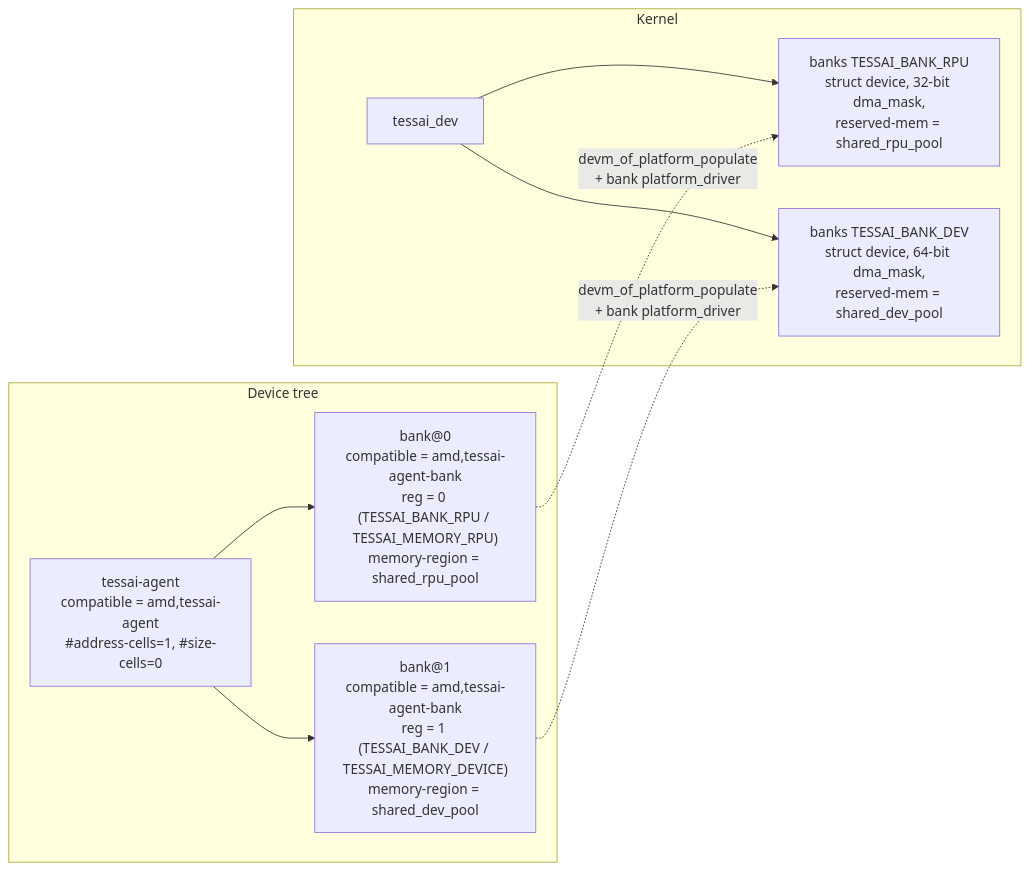
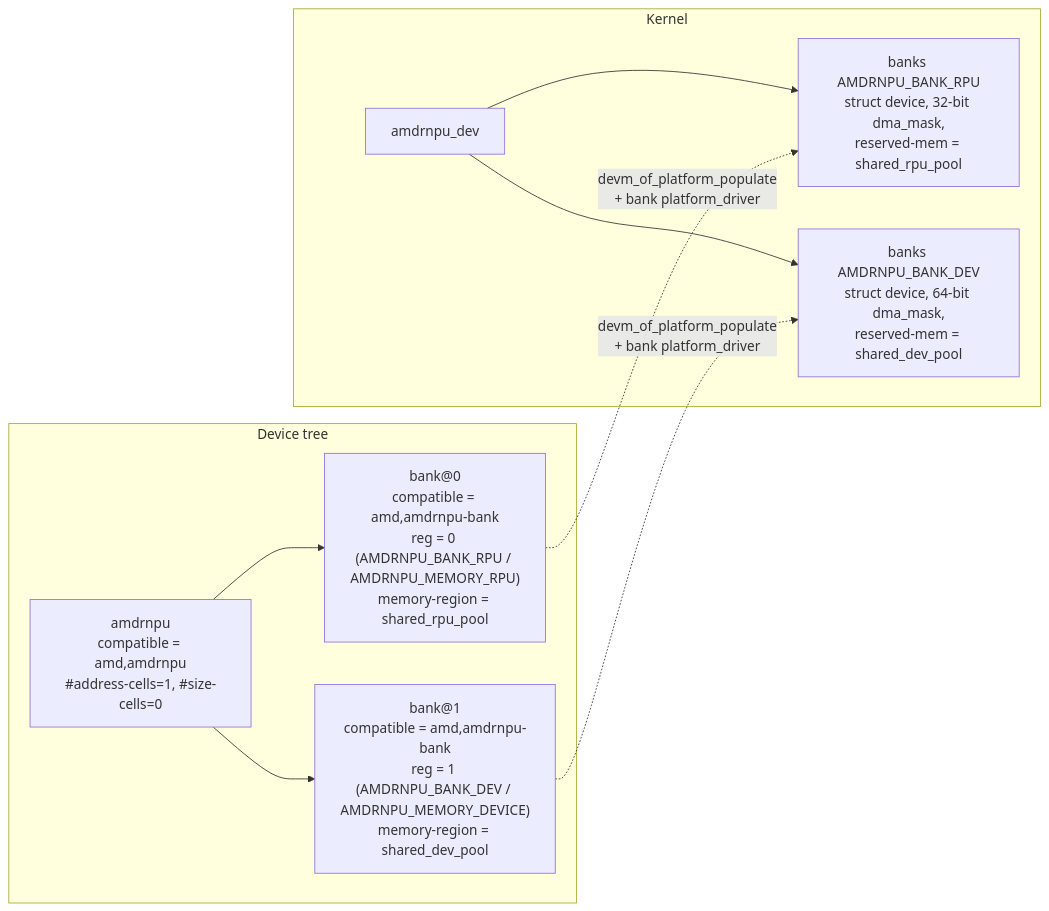
The fifth of 5 diagrams in docs/architecture.md (Xilinx/amdrnpu), drawn with Mermaid before and after one commit. The commit also changed other lines of this file and 107 other files, not shown here.

Commit message:
Change all tessai references to amdrnpu

````diff
--- a/docs/architecture.md
+++ b/docs/architecture.md
@@ -231,21 +231,21 @@
 ```mermaid
 flowchart LR
     subgraph DT["Device tree"]
-        PARENT["tessai-agent<br/>compatible = amd,tessai-agent<br/>#address-cells=1, #size-cells=0"]
-        BANK0["bank@0<br/>compatible = amd,tessai-agent-bank<br/>reg = 0 (TESSAI_BANK_RPU / TESSAI_MEMORY_RPU)<br/>memory-region = shared_rpu_pool"]
-        BANK1["bank@1<br/>compatible = amd,tessai-agent-bank<br/>reg = 1 (TESSAI_BANK_DEV / TESSAI_MEMORY_DEVICE)<br/>memory-region = shared_dev_pool"]
+        PARENT["amdrnpu<br/>compatible = amd,amdrnpu<br/>#address-cells=1, #size-cells=0"]
+        BANK0["bank@0<br/>compatible = amd,amdrnpu-bank<br/>reg = 0 (AMDRNPU_BANK_RPU / AMDRNPU_MEMORY_RPU)<br/>memory-region = shared_rpu_pool"]
+        BANK1["bank@1<br/>compatible = amd,amdrnpu-bank<br/>reg = 1 (AMDRNPU_BANK_DEV / AMDRNPU_MEMORY_DEVICE)<br/>memory-region = shared_dev_pool"]
         PARENT --> BANK0
         PARENT --> BANK1
     end
 
     subgraph KERN["Kernel"]
-        TDEV["tessai_dev"]
-        BD0["banks TESSAI_BANK_RPU<br/>struct device, 32-bit dma_mask,<br/>reserved-mem = shared_rpu_pool"]
-        BD1["banks TESSAI_BANK_DEV<br/>struct device, 64-bit dma_mask,<br/>reserved-mem = shared_dev_pool"]
+        TDEV["amdrnpu_dev"]
+        BD0["banks AMDRNPU_BANK_RPU<br/>struct device, 32-bit dma_mask,<br/>reserved-mem = shared_rpu_pool"]
+        BD1["banks AMDRNPU_BANK_DEV<br/>struct device, 64-bit dma_mask,<br/>reserved-mem = shared_dev_pool"]
         TDEV --> BD0
         TDEV --> BD1
     end
 
     BANK0 -. devm_of_platform_populate<br/>+ bank platform_driver .-> BD0
     BANK1 -. devm_of_platform_populate<br/>+ bank platform_driver .-> BD1
 ```
````
